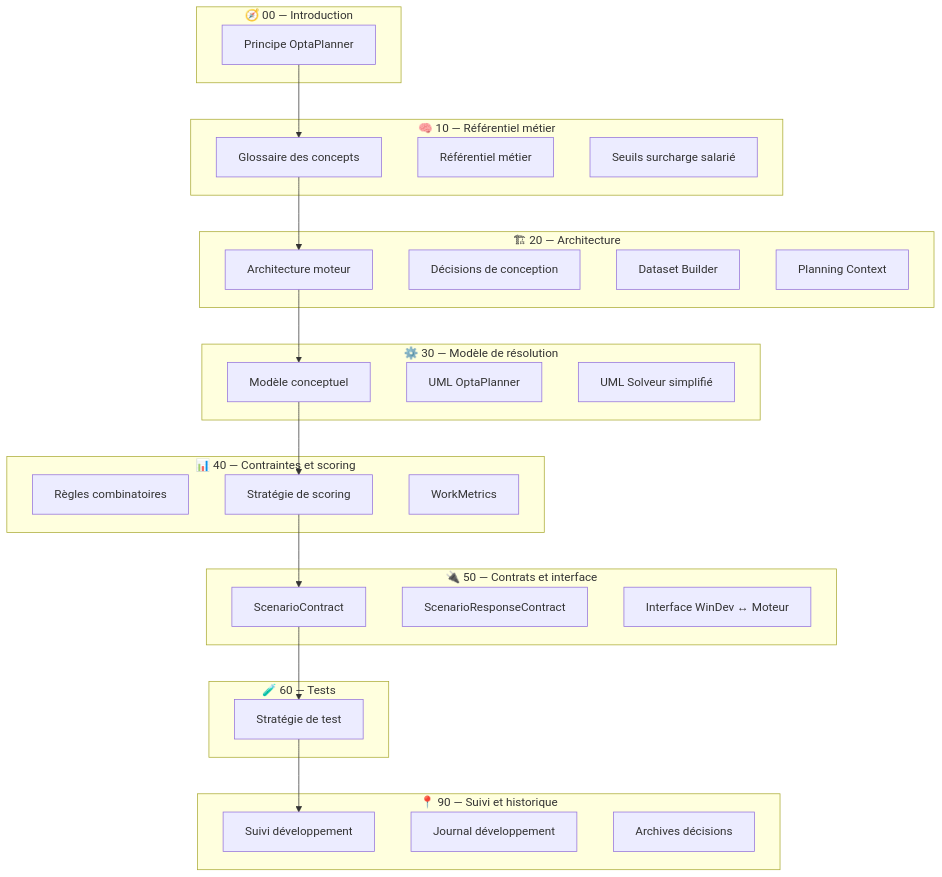
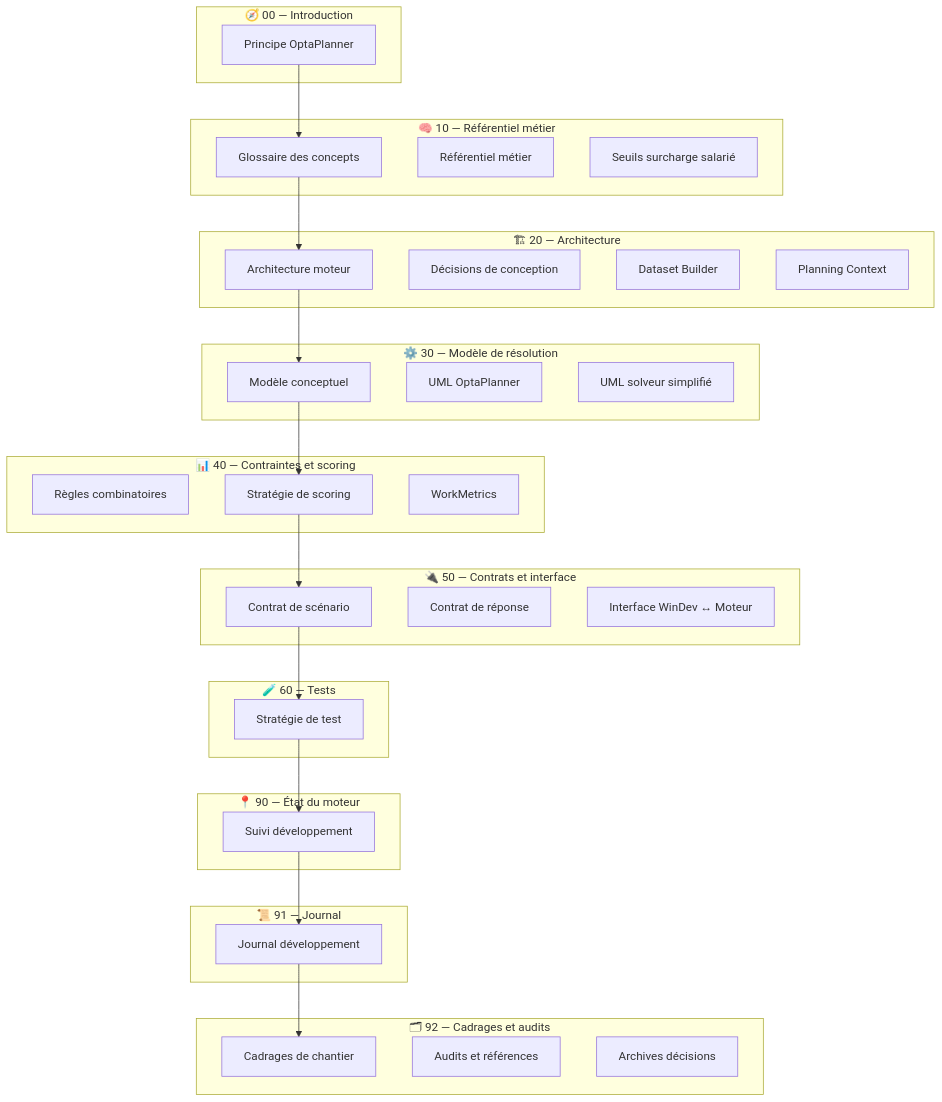
The diagram in docs/00_INDEX_DOCUMENTATION.md (cpovereau/ocealia-planning-engine), drawn with Mermaid before and after one commit. The commit also changed other lines of this file and 55 other files, not shown here.

````diff
--- a/docs/00_INDEX_DOCUMENTATION.md
+++ b/docs/00_INDEX_DOCUMENTATION.md
@@ -9,56 +9,66 @@
 ```mermaid
 flowchart TD
 
 subgraph S00["🧭 00 — Introduction"]
   A[Principe OptaPlanner]
 end
 
 subgraph S10["🧠 10 — Référentiel métier"]
   B1[Glossaire des concepts]
   B2[Référentiel métier]
   B3[Seuils surcharge salarié]
 end
 
 subgraph S20["🏗 20 — Architecture"]
   C1[Architecture moteur]
   C2[Décisions de conception]
   C3[Dataset Builder]
   C4[Planning Context]
 end
 
 subgraph S30["⚙️ 30 — Modèle de résolution"]
   D1[Modèle conceptuel]
   D2[UML OptaPlanner]
-  D3[UML Solveur simplifié]
+  D3[UML solveur simplifié]
 end
 
 subgraph S40["📊 40 — Contraintes et scoring"]
   E1[Règles combinatoires]
   E2[Stratégie de scoring]
   E3[WorkMetrics]
 end
 
 subgraph S50["🔌 50 — Contrats et interface"]
-  F1[ScenarioContract]
-  F2[ScenarioResponseContract]
+  F1[Contrat de scénario]
+  F2[Contrat de réponse]
   F3[Interface WinDev ↔ Moteur]
 end
 
 subgraph S60["🧪 60 — Tests"]
   G1[Stratégie de test]
 end
 
-subgraph S90["📍 90 — Suivi et historique"]
+subgraph S90["📍 90 — État du moteur"]
   H1[Suivi développement]
-  H2[Journal développement]
-  H3[Archives décisions]
+end
+
+subgraph S91["📜 91 — Journal"]
+  I1[Journal développement]
+end
+
+subgraph S92["🗂 92 — Cadrages et audits"]
+  J1[Cadrages de chantier]
+  J2[Audits et références]
+  J3[Archives décisions]
 end
 
 A --> B1
 B1 --> C1
 C1 --> D1
 D1 --> E2
 E2 --> F1
 F1 --> G1
 G1 --> H1
+H1 --> I1
+I1 --> J1
 ```
````
